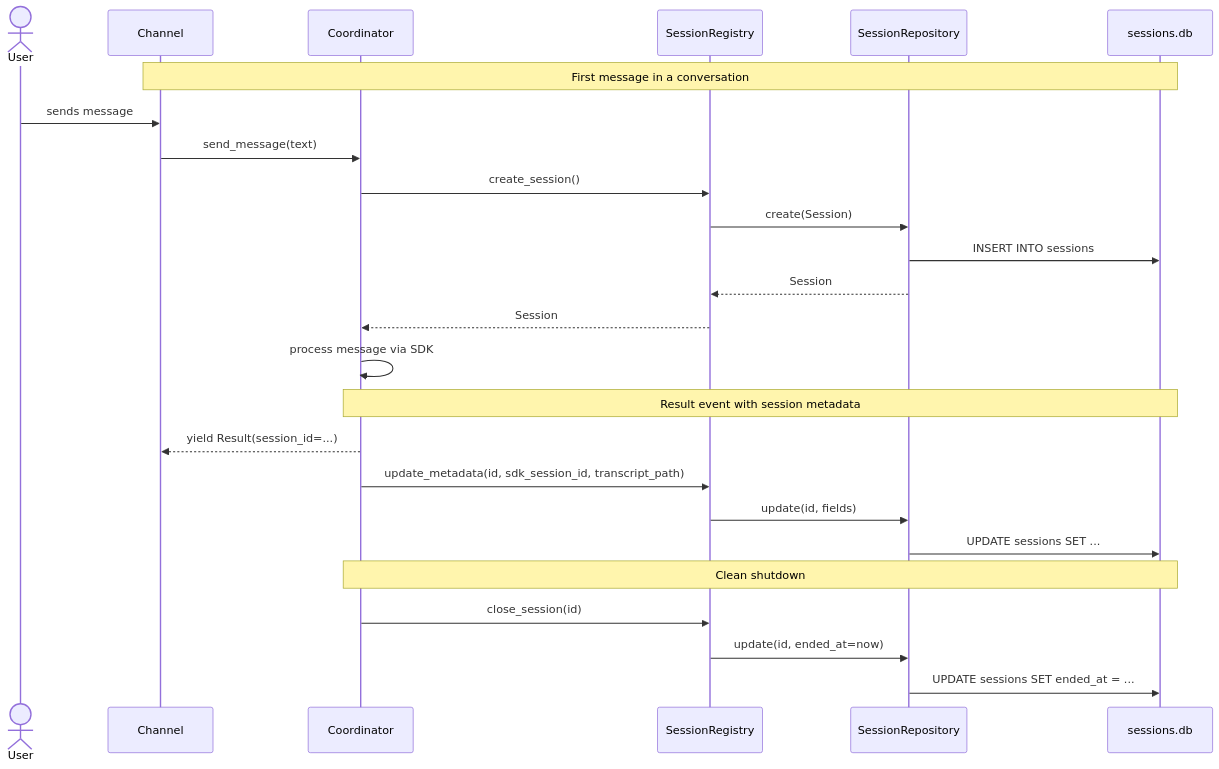
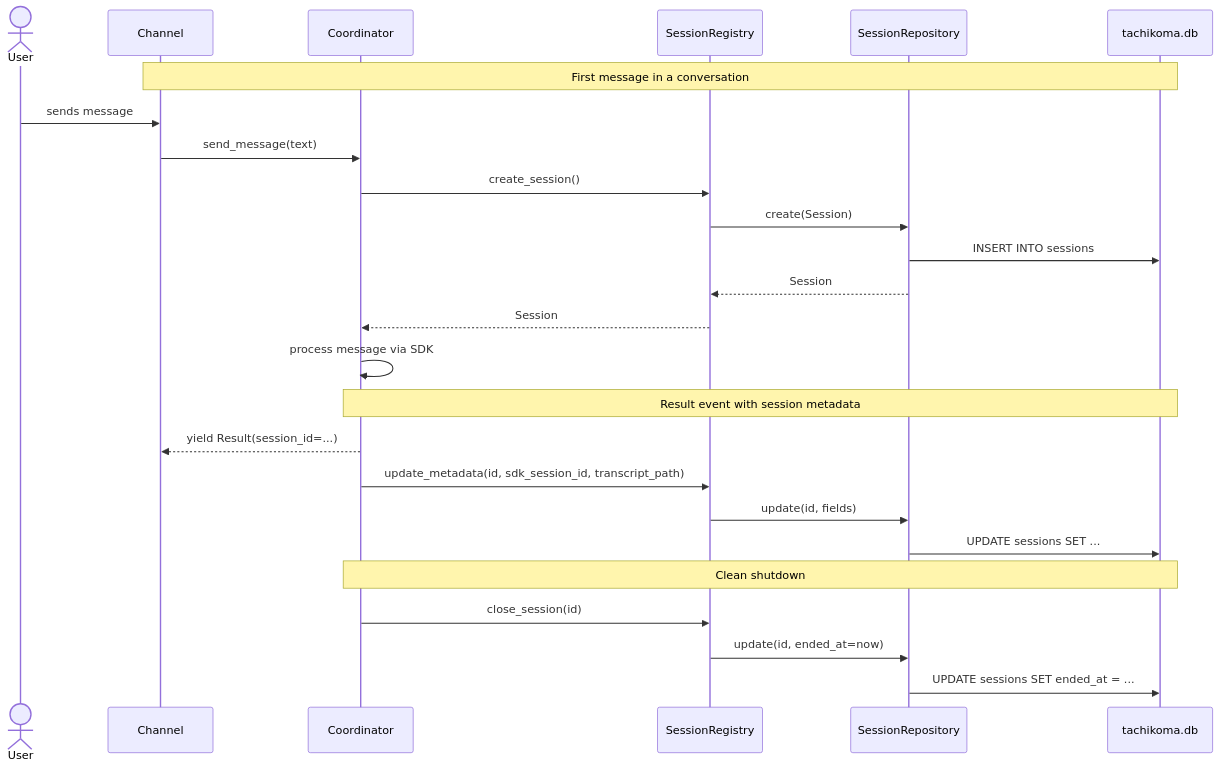
One commit to asermax/tachikoma changed the first of 2 diagrams in docs/feature-designs/agent/sessions.md. Above: the diagram before and after it, drawn with Mermaid. The commit also changed other lines of this file and 11 other files, not shown here.

````diff
--- a/docs/feature-designs/agent/sessions.md
+++ b/docs/feature-designs/agent/sessions.md
@@ -83,31 +82,31 @@
 ```mermaid
 sequenceDiagram
     actor User
     participant Channel
     participant Coord as Coordinator
     participant Registry as SessionRegistry
     participant Repo as SessionRepository
-    participant DB as sessions.db
+    participant DB as tachikoma.db
 
     Note over Channel,DB: First message in a conversation
     User->>Channel: sends message
     Channel->>Coord: send_message(text)
     Coord->>Registry: create_session()
     Registry->>Repo: create(Session)
     Repo->>DB: INSERT INTO sessions
     Repo-->>Registry: Session
     Registry-->>Coord: Session
 
     Coord->>Coord: process message via SDK
 
     Note over Coord,DB: Result event with session metadata
     Coord-->>Channel: yield Result(session_id=...)
     Coord->>Registry: update_metadata(id, sdk_session_id, transcript_path)
     Registry->>Repo: update(id, fields)
     Repo->>DB: UPDATE sessions SET ...
 
     Note over Coord,DB: Clean shutdown
     Coord->>Registry: close_session(id)
     Registry->>Repo: update(id, ended_at=now)
     Repo->>DB: UPDATE sessions SET ended_at = ...
 ```
````
